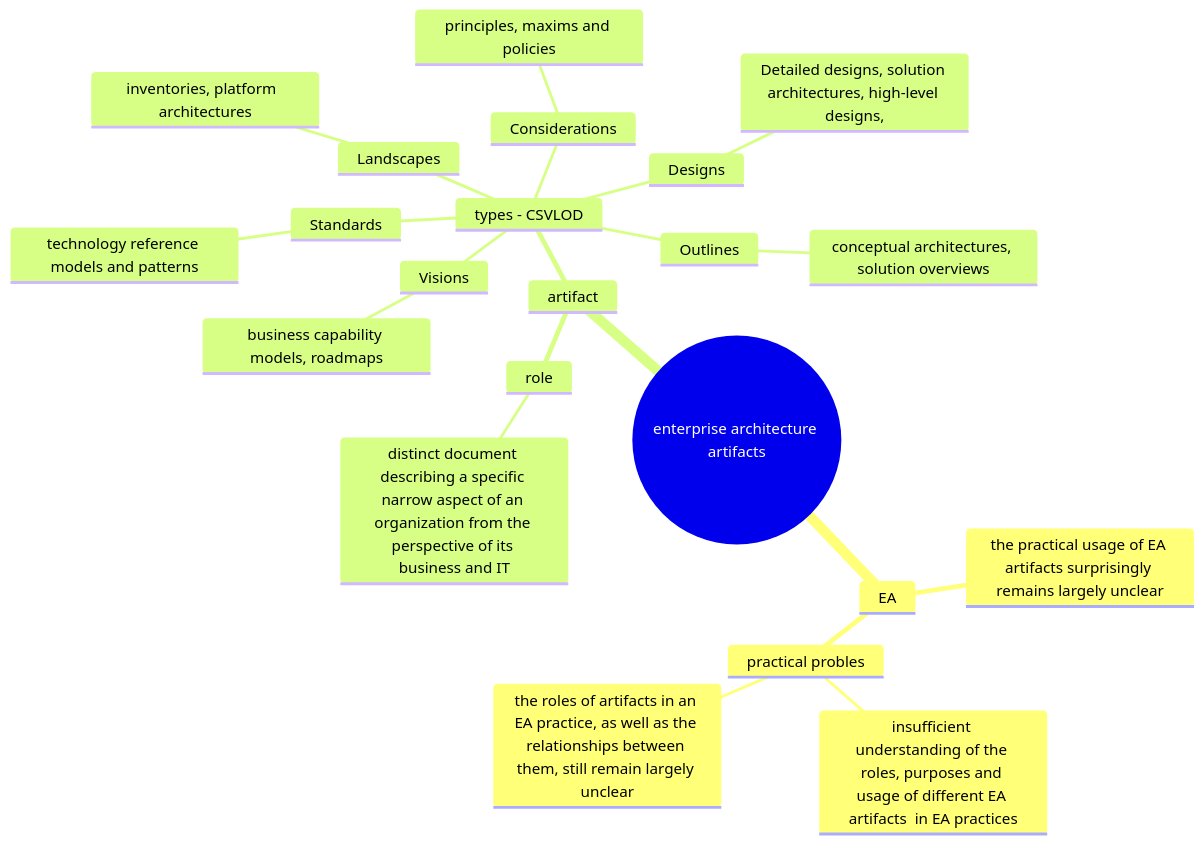
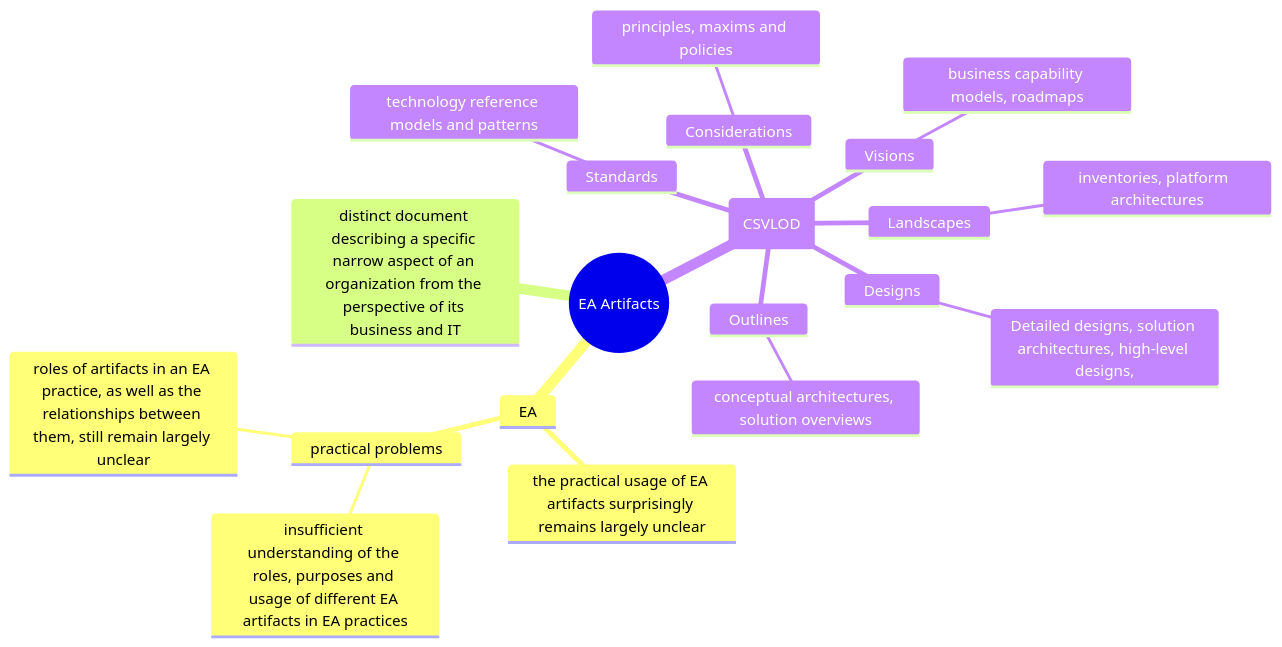
The diagram in reader/LU1/paper1.md (paulkamer/OU-strategic-enterprise-architecture), drawn with Mermaid before and after one commit. The commit also changed other lines of this file, not shown here.

````diff
--- a/reader/LU1/paper1.md
+++ b/reader/LU1/paper1.md
@@ -5,25 +43,23 @@
 ```mermaid
 mindmap
-  root((enterprise architecture artifacts))
+  root((EA Artifacts))
     EA
         the practical usage of EA artifacts surprisingly remains largely unclear
-        practical probles 
-            insufficient understanding of the roles, purposes and usage of different EA artifacts  in EA practices
-            the roles of artifacts in an EA practice, as well as the relationships between them, still remain largely unclear
-    artifact
-        role
-            distinct document describing a specific narrow aspect of an organization from the perspective of its business and IT
-        types - CSVLOD
-            Considerations
-                principles, maxims and policies
-            Standards
-                technology reference models and patterns
-            Visions
-                business capability models, roadmaps
-            Landscapes
-                 inventories, platform  architectures
-            Outlines
-                conceptual architectures, solution overviews
-            Designs  
-                Detailed designs, solution architectures, high-level designs,
+        practical problems 
+            insufficient understanding of the roles, purposes and usage of different EA artifacts in EA practices
+            roles of artifacts in an EA practice, as well as the relationships between them, still remain largely unclear
+    distinct document describing a specific narrow aspect of an organization from the perspective of its business and IT
+    id(CSVLOD)
+        Considerations
+            principles, maxims and policies
+        Standards
+            technology reference models and patterns
+        Visions
+            business capability models, roadmaps
+        Landscapes
+                inventories, platform  architectures
+        Outlines
+            conceptual architectures, solution overviews
+        Designs  
+            Detailed designs, solution architectures, high-level designs,
 ```
````
